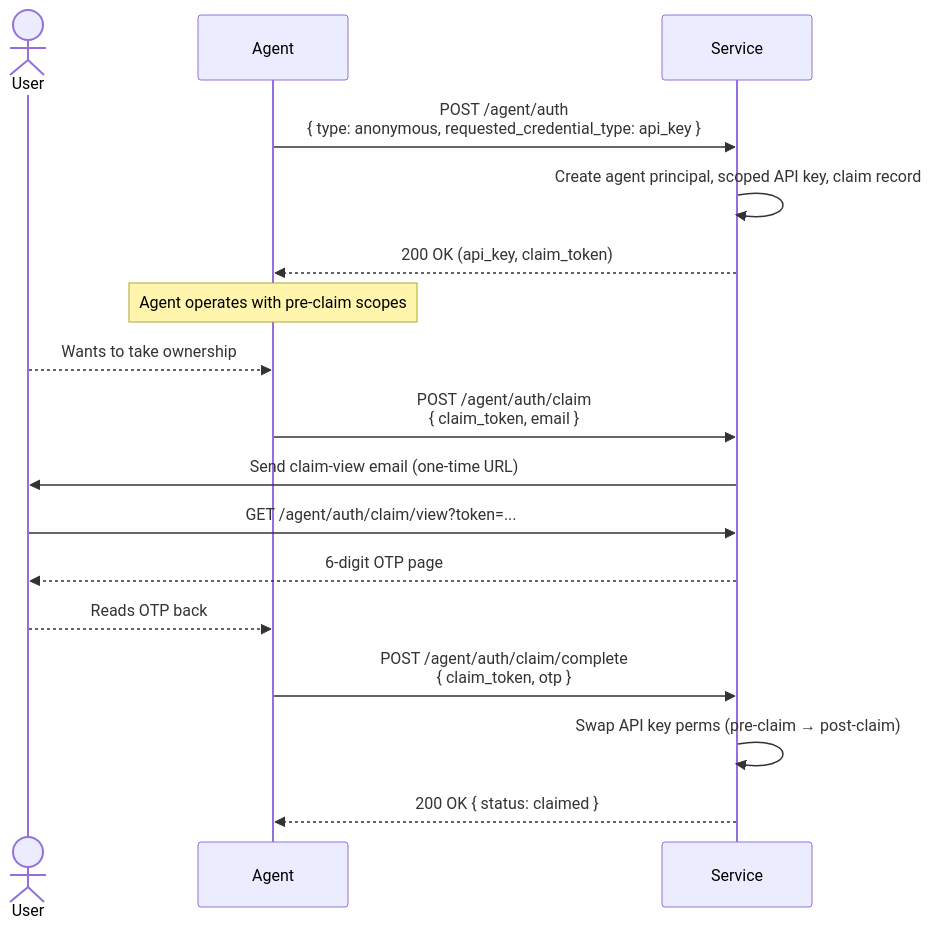
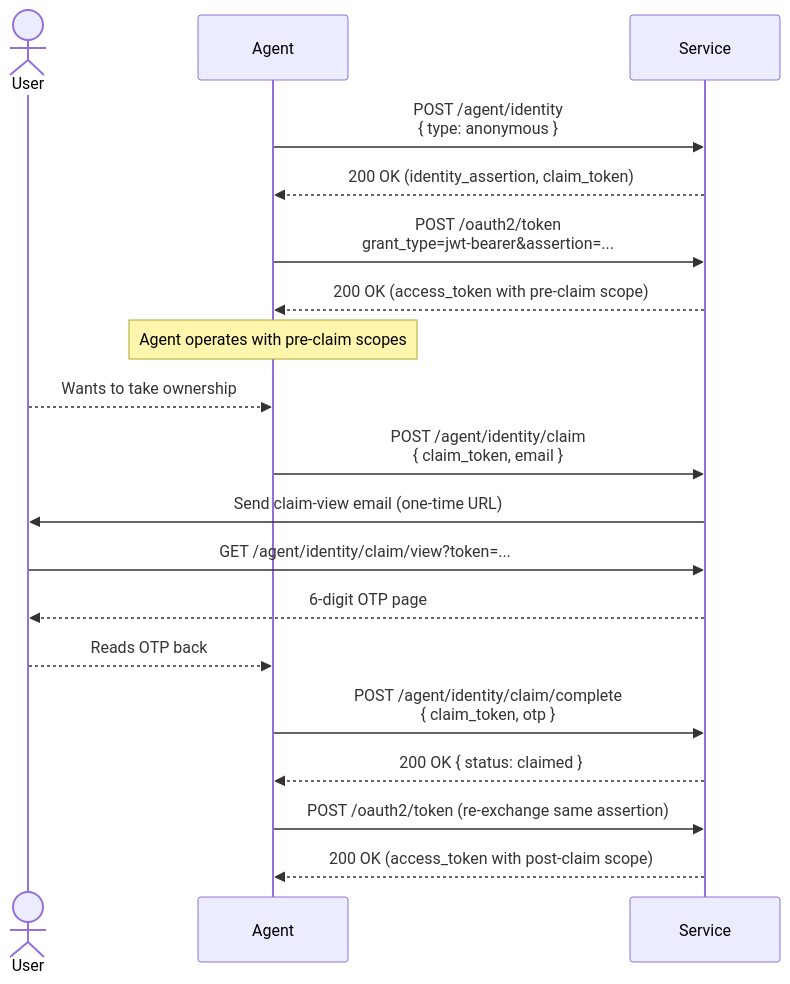
The third of 3 diagrams in README.md (timothybrush/auth.md), drawn with Mermaid before and after one commit. The commit also changed other lines of this file and 15 other files, not shown here.

First line of the commit message:
Split identity and token endpoints

````diff
--- a/README.md
+++ b/README.md
@@ -119,22 +127,24 @@
 ```mermaid
 sequenceDiagram
     actor User
     participant Agent
     participant Service
 
-    Agent->>Service: POST /agent/auth<br/>{ type: anonymous, requested_credential_type: api_key }
-    Service->>Service: Create agent principal, scoped API key, claim record
-    Service-->>Agent: 200 OK (api_key, claim_token)
+    Agent->>Service: POST /agent/identity<br/>{ type: anonymous }
+    Service-->>Agent: 200 OK (identity_assertion, claim_token)
+    Agent->>Service: POST /oauth2/token<br/>grant_type=jwt-bearer&assertion=...
+    Service-->>Agent: 200 OK (access_token with pre-claim scope)
 
     Note over Agent: Agent operates with pre-claim scopes
 
     User-->>Agent: Wants to take ownership
-    Agent->>Service: POST /agent/auth/claim<br/>{ claim_token, email }
+    Agent->>Service: POST /agent/identity/claim<br/>{ claim_token, email }
     Service->>User: Send claim-view email (one-time URL)
-    User->>Service: GET /agent/auth/claim/view?token=...
+    User->>Service: GET /agent/identity/claim/view?token=...
     Service-->>User: 6-digit OTP page
     User-->>Agent: Reads OTP back
-    Agent->>Service: POST /agent/auth/claim/complete<br/>{ claim_token, otp }
-    Service->>Service: Swap API key perms (pre-claim → post-claim)
+    Agent->>Service: POST /agent/identity/claim/complete<br/>{ claim_token, otp }
     Service-->>Agent: 200 OK { status: claimed }
+    Agent->>Service: POST /oauth2/token (re-exchange same assertion)
+    Service-->>Agent: 200 OK (access_token with post-claim scope)
 ```
````
